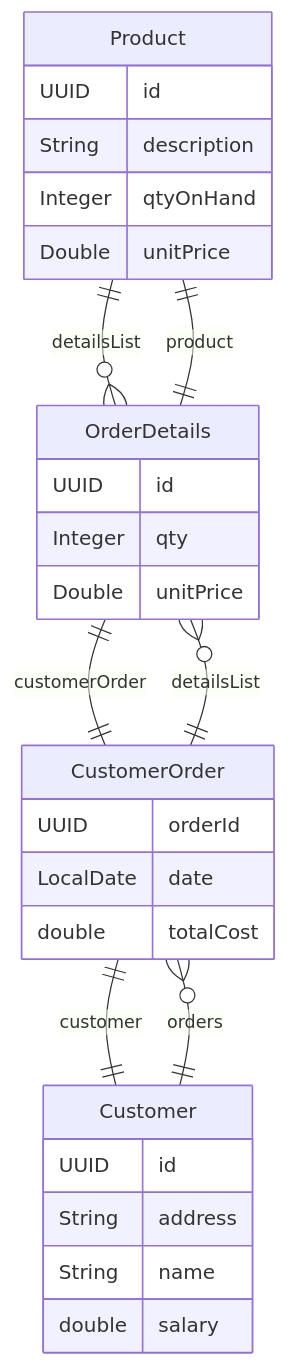
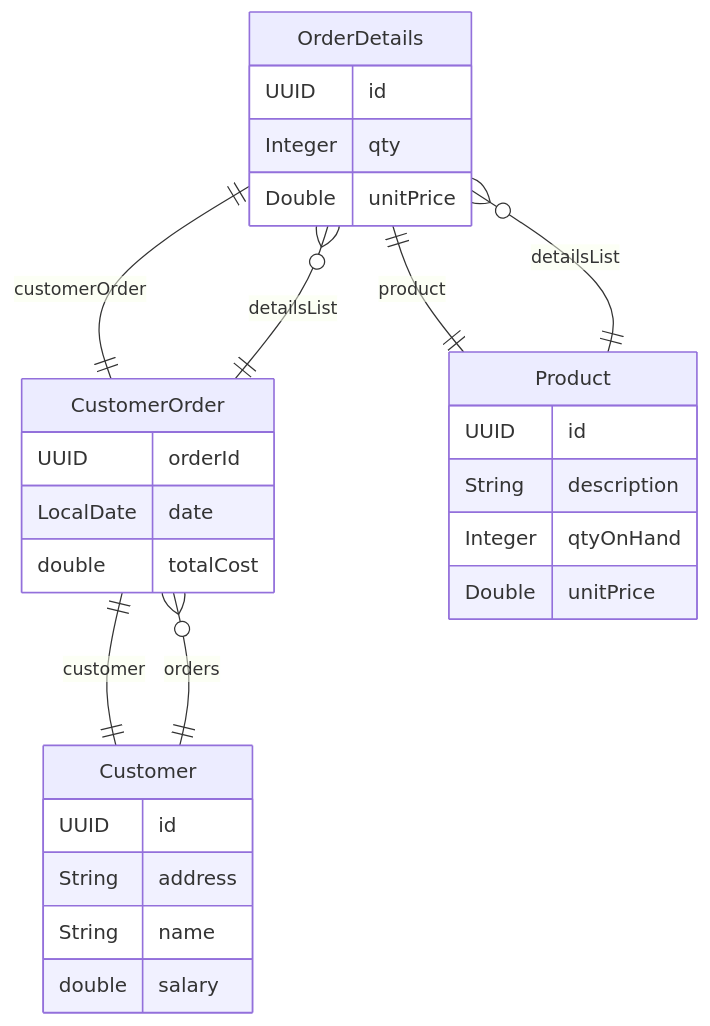
One commit to PasanIS/car-rental-management changed the diagram in POS/er-diagram.md. Above: the diagram before and after it, drawn with Mermaid. The commit also changed other lines of this file and 6 other files, not shown here.

Commit message:
add AppWiderExceptionHandler for global exception handling; create CustomerDataInitializer for sample customer data; update ER diagram to reflect new entities and relationships; remove unused imports in CustomerMapper

````diff
--- a/POS/er-diagram.md
+++ b/POS/er-diagram.md
@@ -1,39 +1,39 @@
 ```mermaid
 erDiagram
+    OrderDetails {
+        UUID id
+        Integer qty
+        Double unitPrice
+    }
+
+    CustomerOrder {
+        UUID orderId
+        LocalDate date
+        double totalCost
+    }
+
     Product {
         UUID id
         String description
         Integer qtyOnHand
-        Double unitPrice
-    }
-
-    OrderDetails {
-        UUID id
-        Integer qty
         Double unitPrice
     }
 
     Customer {
         UUID id
         String address
         String name
         double salary
     }
 
-    CustomerOrder {
-        UUID orderId
-        LocalDate date
-        double totalCost
-    }
-
-    Product ||--o{ OrderDetails : "detailsList"
-
     OrderDetails ||--|| CustomerOrder : "customerOrder"
     OrderDetails ||--|| Product : "product"
-
-    Customer ||--o{ CustomerOrder : "orders"
 
     CustomerOrder ||--|| Customer : "customer"
     CustomerOrder ||--o{ OrderDetails : "detailsList"
 
+    Product ||--o{ OrderDetails : "detailsList"
+
+    Customer ||--o{ CustomerOrder : "orders"
+
 ```
````
